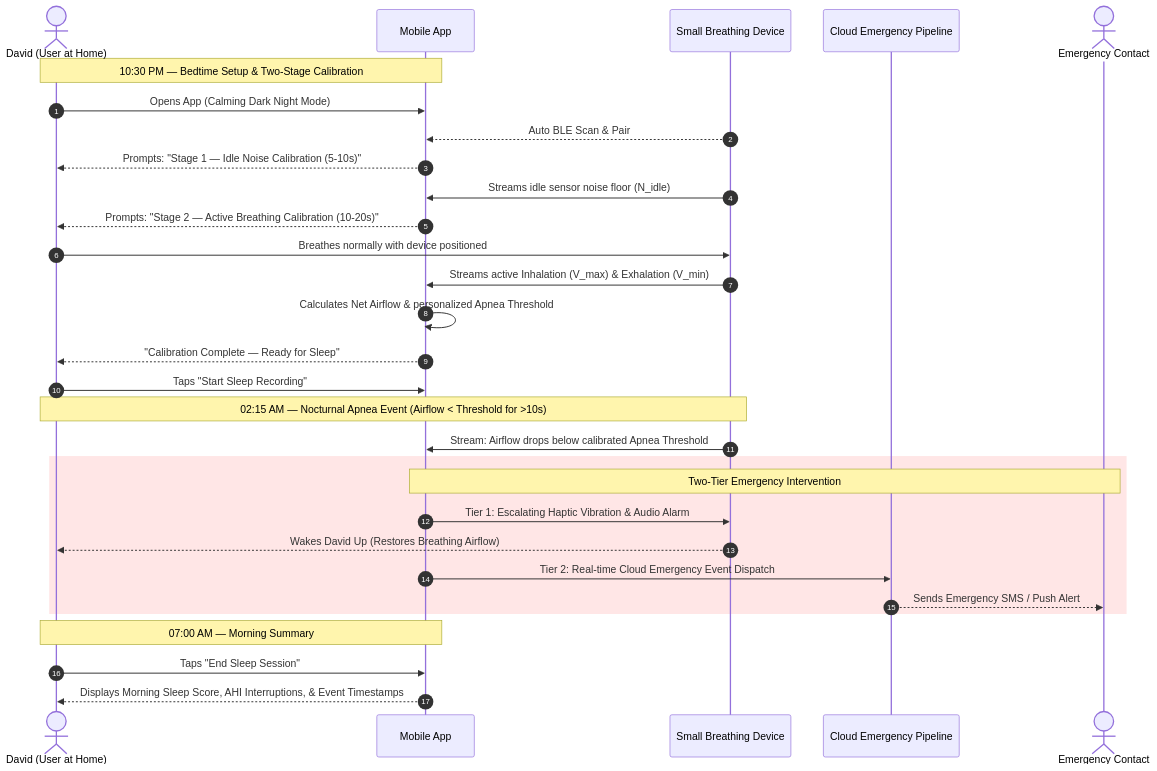
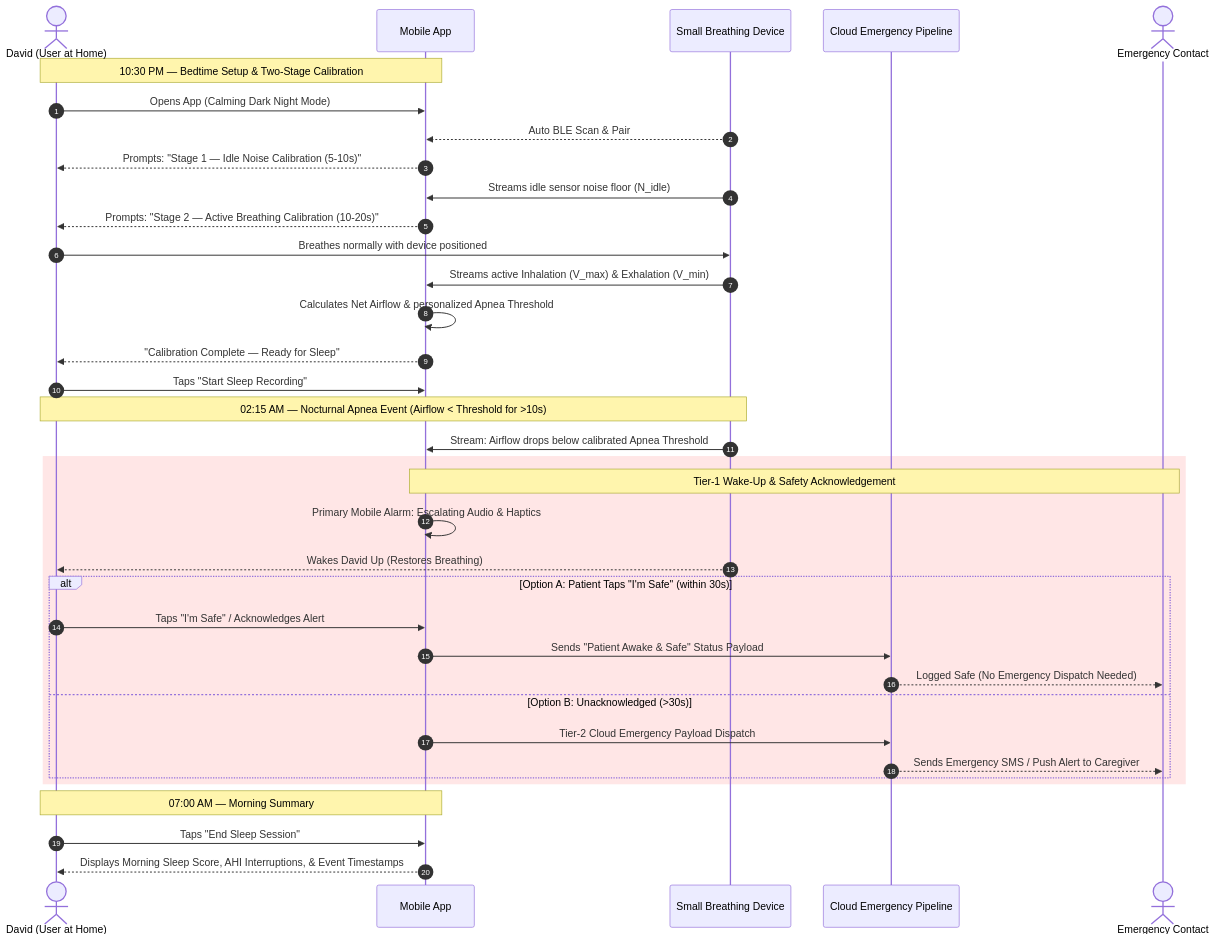
One commit to reidlai/masker-app changed the diagram in _bmad-output/prd/prd.md. Above: the diagram before and after it, drawn with Mermaid. The commit also changed other lines of this file and 1 other file, not shown here.

Commit message:
docs: update PRD v1.2.0 with primary app alarm, patient I'm Safe acknowledgement, and future device EMS roadmap

````diff
--- a/_bmad-output/prd/prd.md
+++ b/_bmad-output/prd/prd.md
@@ -40,36 +40,42 @@
 ```mermaid
 sequenceDiagram
     autonumber
     actor David as David (User at Home)
     participant App as Mobile App
     participant BLE as Small Breathing Device
     participant Cloud as Cloud Emergency Pipeline
     actor Contact as Emergency Contact
 
     Note over David, App: 10:30 PM — Bedtime Setup & Two-Stage Calibration
     David->>App: Opens App (Calming Dark Night Mode)
     BLE-->>App: Auto BLE Scan & Pair
     App-->>David: Prompts: "Stage 1 — Idle Noise Calibration (5-10s)"
     BLE->>App: Streams idle sensor noise floor (N_idle)
     App-->>David: Prompts: "Stage 2 — Active Breathing Calibration (10-20s)"
     David->>BLE: Breathes normally with device positioned
     BLE->>App: Streams active Inhalation (V_max) & Exhalation (V_min)
     App->>App: Calculates Net Airflow & personalized Apnea Threshold
     App-->>David: "Calibration Complete — Ready for Sleep"
     David->>App: Taps "Start Sleep Recording"
 
     Note over David, BLE: 02:15 AM — Nocturnal Apnea Event (Airflow < Threshold for >10s)
     BLE->>App: Stream: Airflow drops below calibrated Apnea Threshold
     
     rect rgb(255, 230, 230)
-        Note over App, Contact: Two-Tier Emergency Intervention
-        App->>BLE: Tier 1: Escalating Haptic Vibration & Audio Alarm
-        BLE-->>David: Wakes David Up (Restores Breathing Airflow)
-        App->>Cloud: Tier 2: Real-time Cloud Emergency Event Dispatch
-        Cloud-->>Contact: Sends Emergency SMS / Push Alert
+        Note over App, Contact: Tier-1 Wake-Up & Safety Acknowledgement
+        App->>App: Primary Mobile Alarm: Escalating Audio & Haptics
+        BLE-->>David: Wakes David Up (Restores Breathing)
+        alt Option A: Patient Taps "I'm Safe" (within 30s)
+            David->>App: Taps "I'm Safe" / Acknowledges Alert
+            App->>Cloud: Sends "Patient Awake & Safe" Status Payload
+            Cloud-->>Contact: Logged Safe (No Emergency Dispatch Needed)
+        else Option B: Unacknowledged (>30s)
+            App->>Cloud: Tier-2 Cloud Emergency Payload Dispatch
+            Cloud-->>Contact: Sends Emergency SMS / Push Alert to Caregiver
+        end
     end
 
     Note over David, App: 07:00 AM — Morning Summary
     David->>App: Taps "End Sleep Session"
     App-->>David: Displays Morning Sleep Score, AHI Interruptions, & Event Timestamps
 ```
````
